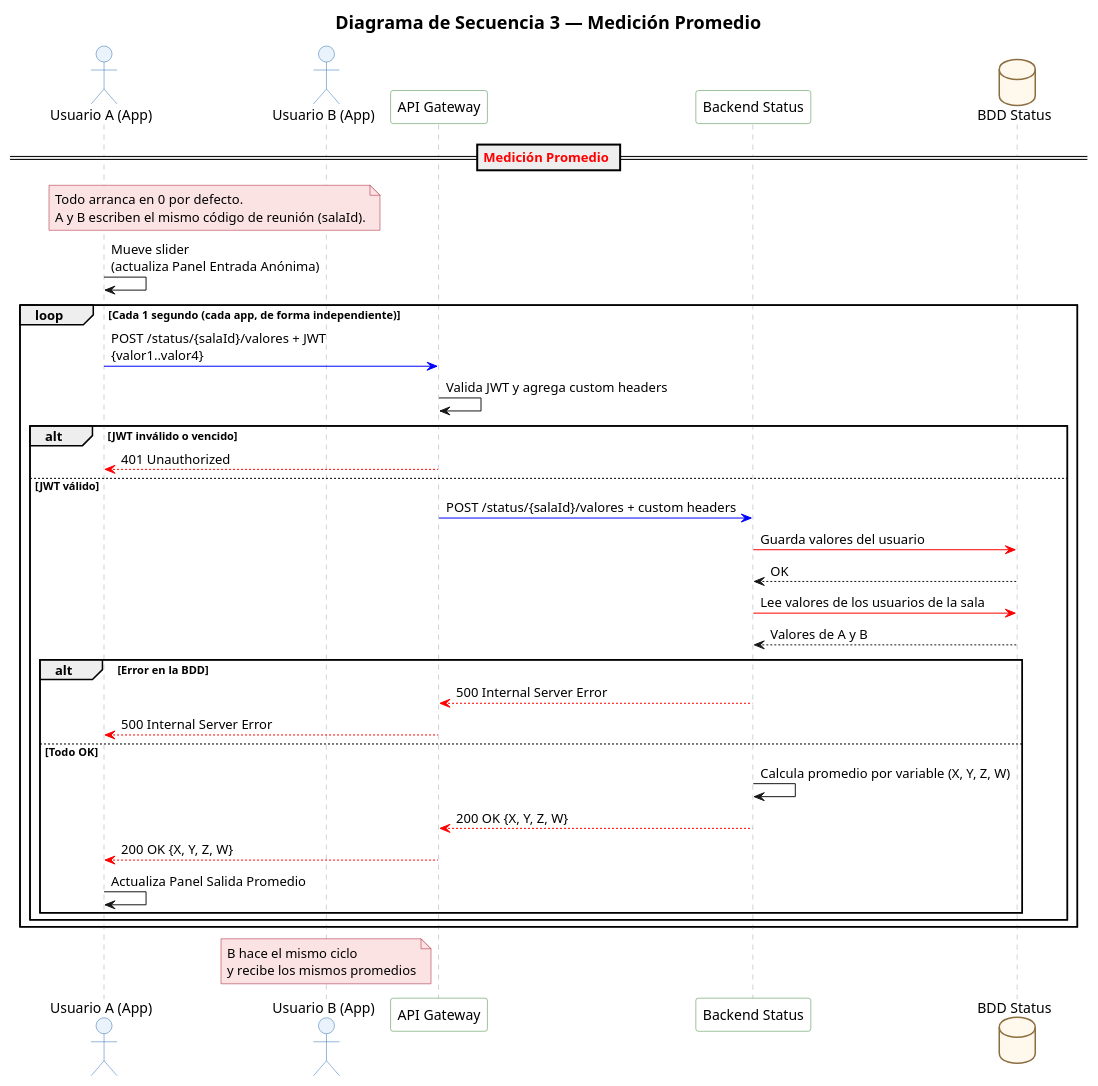
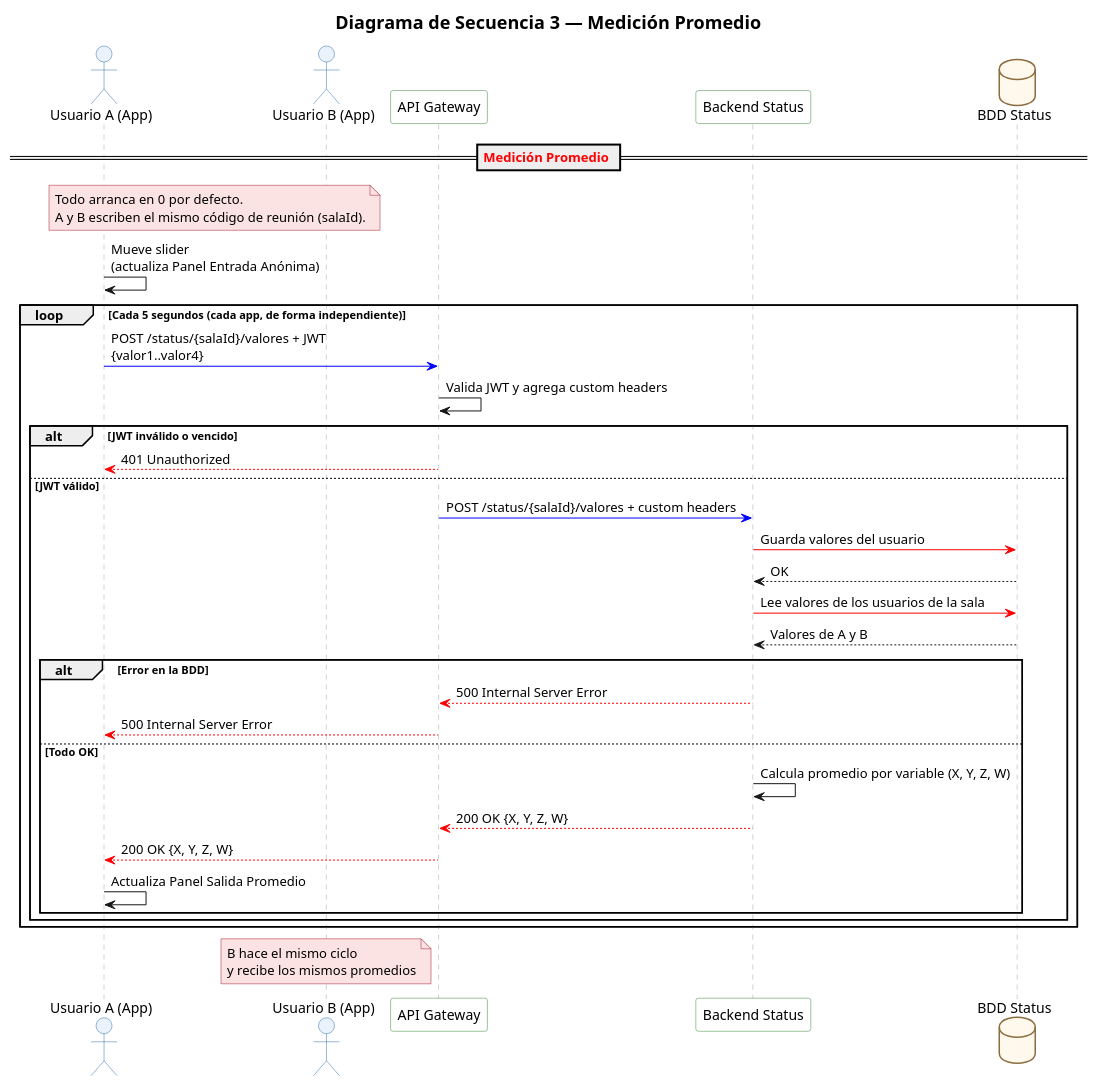
The diagram in docs/diagramas/4-secuencia-medicion-promedio.puml (tatianaperalta2013/panel-asistencia-comunicacion), drawn with PlantUML before and after one commit. The commit also changed 1 other file, not shown here.

```diff
--- a/docs/diagramas/4-secuencia-medicion-promedio.puml
+++ b/docs/diagramas/4-secuencia-medicion-promedio.puml
@@ -1,52 +1,52 @@
 @startuml 4-secuencia-medicion-promedio
 title <size:18><b>Diagrama de Secuencia 3 — Medición Promedio</b></size>
 skinparam defaultFontName Arial
 skinparam shadowing false
 skinparam ParticipantBackgroundColor #FFFFFF
 skinparam ParticipantBorderColor #3C873A
 skinparam ActorBackgroundColor #EAF2FB
 skinparam ActorBorderColor #2F6FB0
 skinparam DatabaseBackgroundColor #FFF8EC
 skinparam DatabaseBorderColor #8C6D3F
 skinparam SequenceLifeLineBorderColor #9AA5B1
 skinparam NoteBackgroundColor #FBE3E4
 skinparam NoteBorderColor #A6192E
 
 actor "Usuario A (App)" as A
 actor "Usuario B (App)" as B
 participant "API Gateway" as GW
 participant "Backend Status" as ST
 database "BDD Status" as DB
 
 == <color:red>Medición Promedio</color> ==
 note over A, B: Todo arranca en 0 por defecto.\nA y B escriben el mismo código de reunión (salaId).
 
 A -> A: Mueve slider\n(actualiza Panel Entrada Anónima)
 
-loop Cada 1 segundo (cada app, de forma independiente)
+loop Cada 5 segundos (cada app, de forma independiente)
     A -[#blue]> GW: POST /status/{salaId}/valores + JWT\n{valor1..valor4}
     GW -> GW: Valida JWT y agrega custom headers
 
     alt JWT inválido o vencido
         GW -[#red]-> A: 401 Unauthorized
     else JWT válido
         GW -[#blue]> ST: POST /status/{salaId}/valores + custom headers
         ST -[#red]> DB: Guarda valores del usuario
         DB --> ST: OK
         ST -[#red]> DB: Lee valores de los usuarios de la sala
         DB --> ST: Valores de A y B
 
         alt Error en la BDD
             ST -[#red]-> GW: 500 Internal Server Error
             GW -[#red]-> A: 500 Internal Server Error
         else Todo OK
             ST -> ST: Calcula promedio por variable (X, Y, Z, W)
             ST -[#red]-> GW: 200 OK {X, Y, Z, W}
             GW -[#red]-> A: 200 OK {X, Y, Z, W}
             A -> A: Actualiza Panel Salida Promedio
         end
     end
 end
 
 note over B: B hace el mismo ciclo\ny recibe los mismos promedios
 @enduml
```
